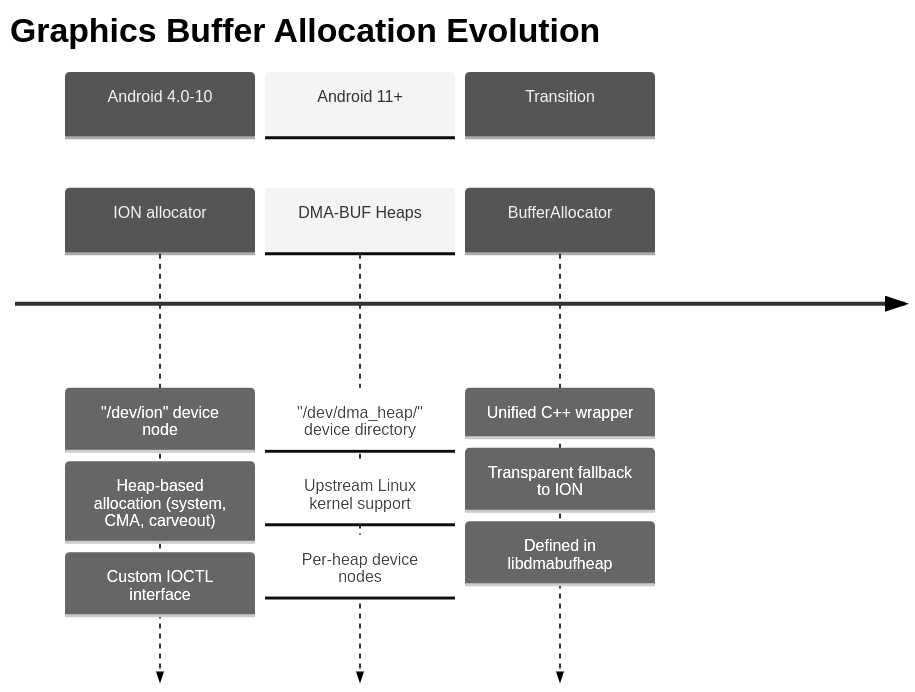
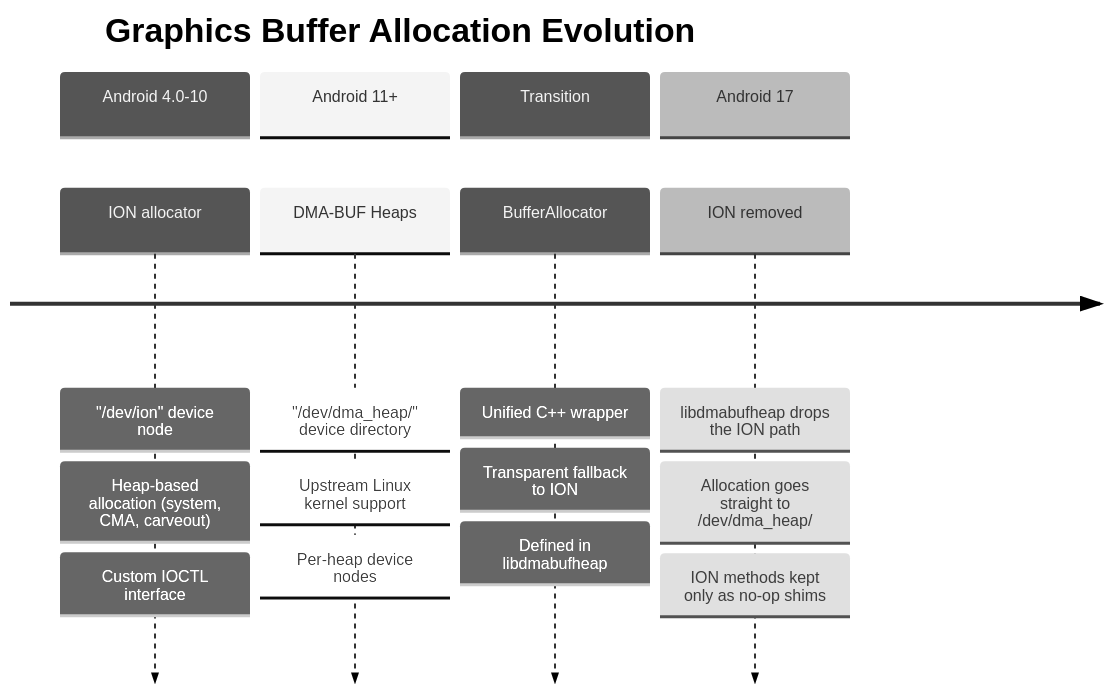
Before and after one commit to aospbooks/aosp-internal-book: diagram 15 of 36 in agents/claude/skills/aosp-native-foundation/08-memory-management.md, drawn with Mermaid (neutral theme). The commit also changed other lines of this file and 93 other files, not shown here.

````diff
--- a/agents/claude/skills/aosp-native-foundation/08-memory-management.md
+++ b/agents/claude/skills/aosp-native-foundation/08-memory-management.md
@@ -1804,16 +1804,20 @@
 ```mermaid
 timeline
     title Graphics Buffer Allocation Evolution
     section Android 4.0-10
         ION allocator : "/dev/ion" device node
                       : Heap-based allocation (system, CMA, carveout)
                       : Custom IOCTL interface
     section Android 11+
         DMA-BUF Heaps : "/dev/dma_heap/" device directory
                       : Upstream Linux kernel support
                       : Per-heap device nodes
     section Transition
         BufferAllocator : Unified C++ wrapper
                         : Transparent fallback to ION
                         : Defined in libdmabufheap
+    section Android 17
+        ION removed : libdmabufheap drops the ION path
+                    : Allocation goes straight to /dev/dma_heap/
+                    : ION methods kept only as no-op shims
 ```
````
